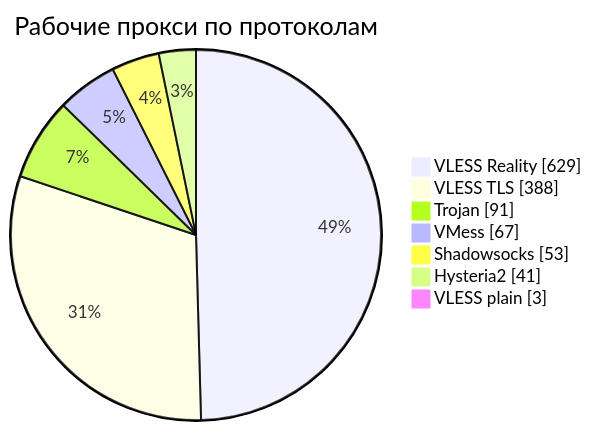
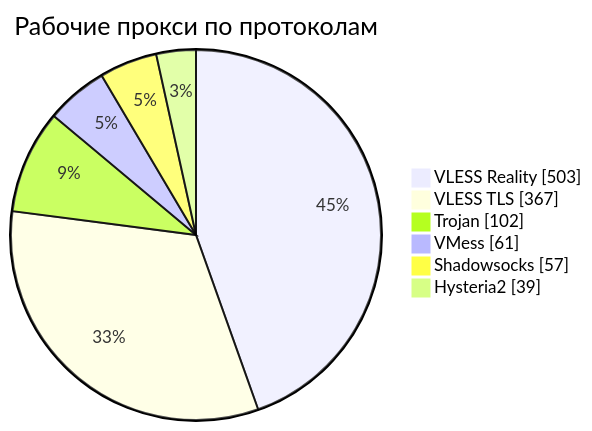
The third of 4 diagrams in README.md (rvvg/proxy-subs), drawn with Mermaid before and after one commit. The commit also changed other lines of this file and 52 other files, not shown here.

````diff
--- a/README.md
+++ b/README.md
@@ -138,11 +140,10 @@
 ```mermaid
 pie showData
     title Рабочие прокси по протоколам
-    "VLESS Reality" : 629
-    "VLESS TLS" : 388
-    "Trojan" : 91
-    "VMess" : 67
-    "Shadowsocks" : 53
-    "Hysteria2" : 41
-    "VLESS plain" : 3
+    "VLESS Reality" : 503
+    "VLESS TLS" : 367
+    "Trojan" : 102
+    "VMess" : 61
+    "Shadowsocks" : 57
+    "Hysteria2" : 39
 ```
````
